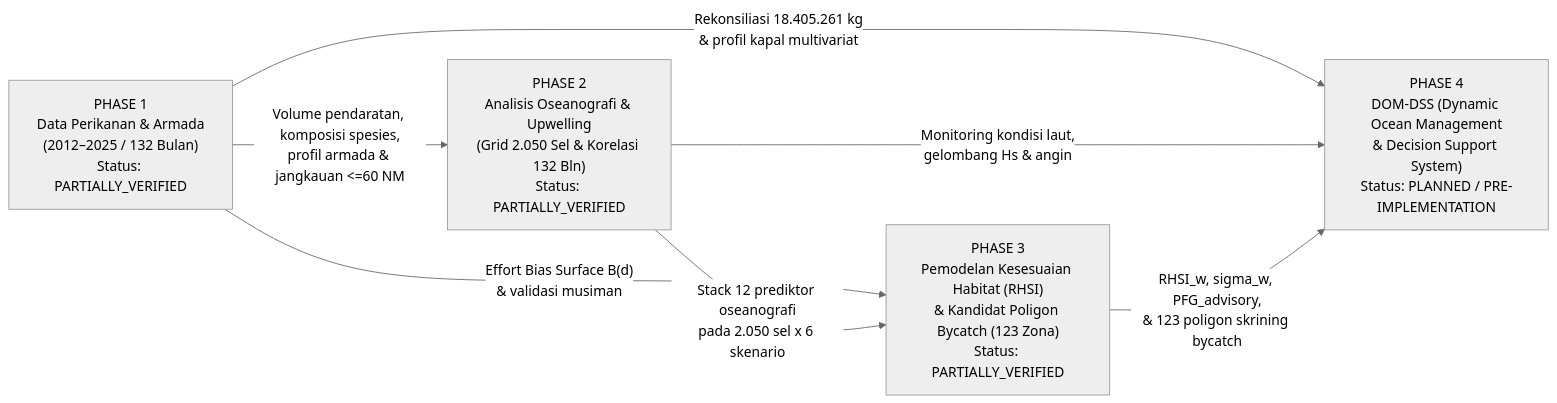
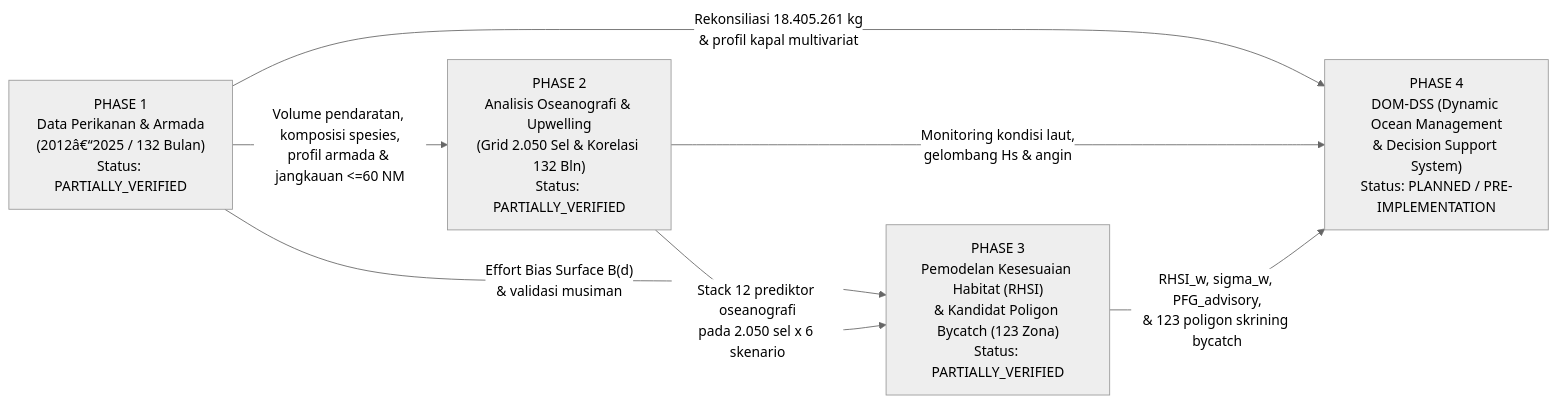
The diagram in archive/PHASE_4_VALIDATION_PACKAGE/00_EXECUTIVE_PROJECT_SUMMARY.md (ZyrexR/seacast-wpp573), drawn with Mermaid (neutral theme) before and after one commit. The commit also changed other lines of this file and 102 other files, not shown here.

````diff
--- a/archive/PHASE_4_VALIDATION_PACKAGE/00_EXECUTIVE_PROJECT_SUMMARY.md
+++ b/archive/PHASE_4_VALIDATION_PACKAGE/00_EXECUTIVE_PROJECT_SUMMARY.md
@@ -53,14 +53,14 @@
 ```mermaid
 flowchart LR
-    P1["PHASE 1<br/>Data Perikanan & Armada<br/>(2012–2025 / 132 Bulan)<br/>Status: PARTIALLY_VERIFIED"]
+    P1["PHASE 1<br/>Data Perikanan & Armada<br/>(2012â€“2025 / 132 Bulan)<br/>Status: PARTIALLY_VERIFIED"]
     P2["PHASE 2<br/>Analisis Oseanografi & Upwelling<br/>(Grid 2.050 Sel & Korelasi 132 Bln)<br/>Status: PARTIALLY_VERIFIED"]
     P3["PHASE 3<br/>Pemodelan Kesesuaian Habitat (RHSI)<br/>& Kandidat Poligon Bycatch (123 Zona)<br/>Status: PARTIALLY_VERIFIED"]
     P4["PHASE 4<br/>DOM-DSS (Dynamic Ocean Management<br/>& Decision Support System)<br/>Status: PLANNED / PRE-IMPLEMENTATION"]
 
     P1 -->|"Volume pendaratan, komposisi spesies,<br/>profil armada & jangkauan <=60 NM"| P2
     P1 -->|"Effort Bias Surface B(d)<br/>& validasi musiman"| P3
     P2 -->|"Stack 12 prediktor oseanografi<br/>pada 2.050 sel x 6 skenario"| P3
     P1 -->|"Rekonsiliasi 18.405.261 kg<br/>& profil kapal multivariat"| P4
     P2 -->|"Monitoring kondisi laut,<br/>gelombang Hs & angin"| P4
     P3 -->|"RHSI_w, sigma_w, PFG_advisory,<br/>& 123 poligon skrining bycatch"| P4
 ```
````
